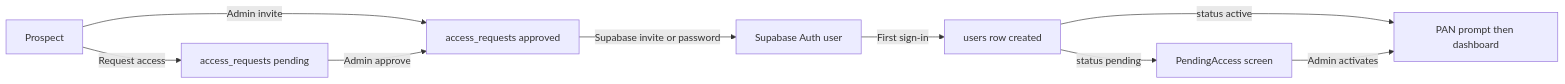
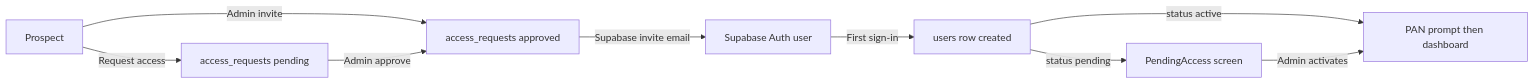
Before and after one commit to dasavik27/FinanceBuddy: the diagram in ONBOARDING.md, drawn with Mermaid. The commit also changed other lines of this file and 27 other files, not shown here.

````diff
--- a/ONBOARDING.md
+++ b/ONBOARDING.md
@@ -72,11 +75,11 @@
 ```mermaid
 flowchart LR
   A[Prospect] -->|Request access| B[access_requests pending]
   A -->|Admin invite| C[access_requests approved]
   B -->|Admin approve| C
-  C -->|Supabase invite or password| D[Supabase Auth user]
+  C -->|Supabase invite email| D[Supabase Auth user]
   D -->|First sign-in| E[users row created]
   E -->|status active| F[PAN prompt then dashboard]
   E -->|status pending| G[PendingAccess screen]
   G -->|Admin activates| F
 ```
````
